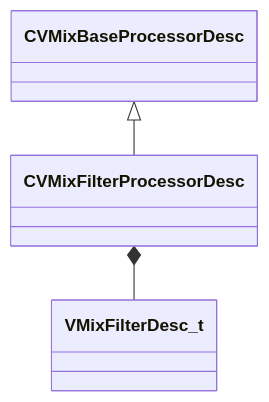
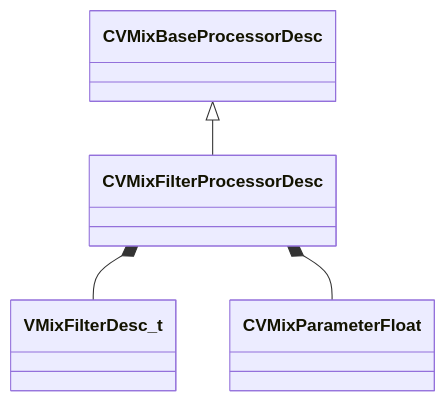
One commit to CS2OpenDev/CS2OpenDev-Docs changed the diagram in docs/generated/schemas/soundsystem_lowlevel/CVMixFilterProcessorDesc.md. Above: the diagram before and after it, drawn with Mermaid. The commit also changed other lines of this file and 4654 other files, not shown here.

Commit message:
docs: regenerate for SchemaTracker build 25947352 [skip ci]

````diff
--- a/docs/generated/schemas/soundsystem_lowlevel/CVMixFilterProcessorDesc.md
+++ b/docs/generated/schemas/soundsystem_lowlevel/CVMixFilterProcessorDesc.md
@@ -19,5 +19,6 @@
 ```mermaid
 classDiagram
     CVMixBaseProcessorDesc <|-- CVMixFilterProcessorDesc
     CVMixFilterProcessorDesc *-- VMixFilterDesc_t
+    CVMixFilterProcessorDesc *-- CVMixParameterFloat
 ```
````
